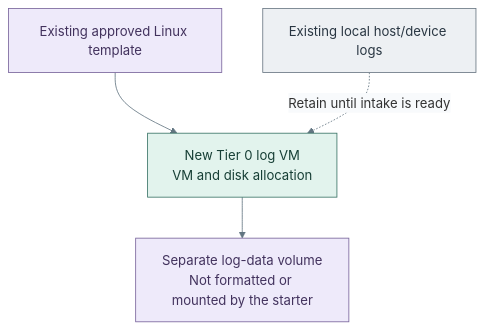
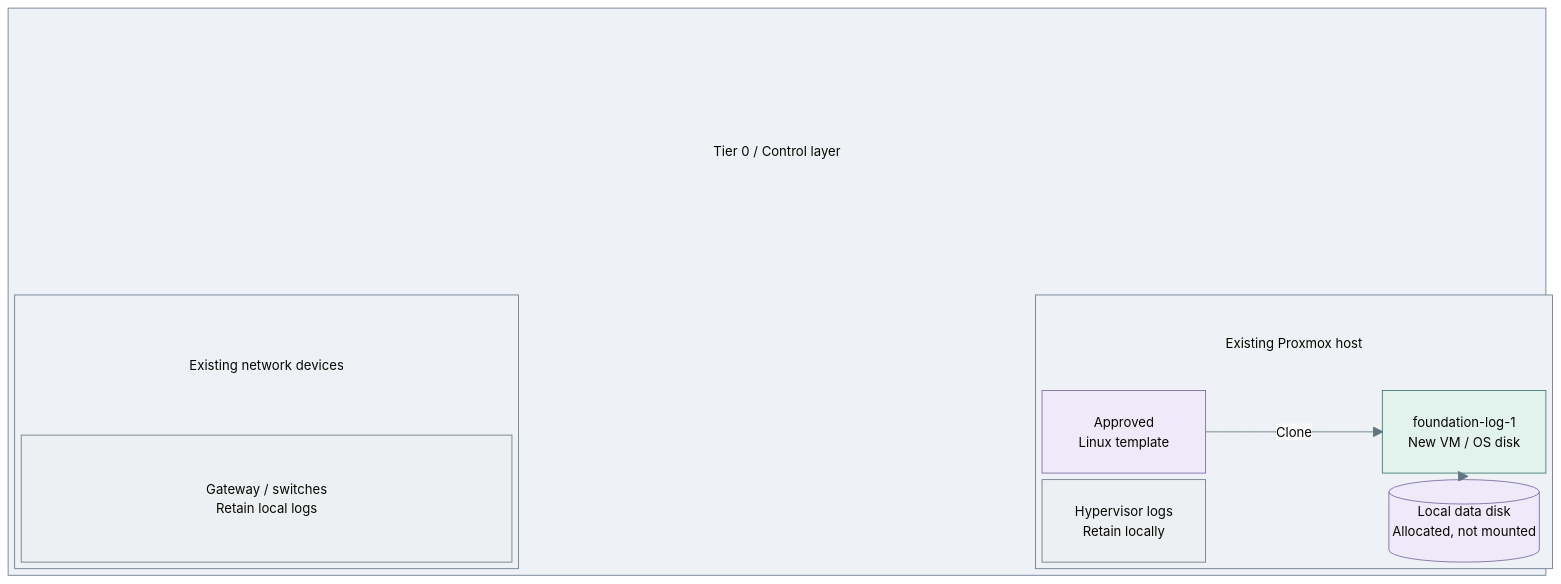
Before and after one commit to Rexus/homelab: the first of 3 diagrams in docs/deployment/stage-1-logging/README.md, drawn with Mermaid. The commit also changed other lines of this file and 4 other files, not shown here.

Commit message:
docs(diagrams): show logging deployment boundaries

````diff
--- a/docs/deployment/stage-1-logging/README.md
+++ b/docs/deployment/stage-1-logging/README.md
@@ -31,14 +31,38 @@
 ```mermaid
 %%{init: {"theme":"base","themeVariables":{"lineColor":"#627581","edgeLabelBackground":"#f8fafc"}}}%%
-flowchart TB
-  Template["Existing approved Linux template"] --> VM["New Tier 0 log VM<br/>VM and disk allocation"]
-  VM --> Data["Separate log-data volume<br/>Not formatted or mounted by the starter"]
-  Local["Existing local host/device logs"] -. Retain until intake is ready .-> VM
+block-beta
+  columns 1
+  block:T0
+    columns 3
+    T0Title["Tier 0 / Control layer"]:3
+    block:Infrastructure
+      columns 1
+      InfraTitle["Existing network devices"]
+      Devices["Gateway / switches<br/>Retain local logs"]
+    end
+    space
+    block:PVE
+      columns 3
+      HostTitle["Existing Proxmox host"]:3
+      Template["Approved<br/>Linux template"]
+      space
+      VM["foundation-log-1<br/>New VM / OS disk"]
+      Host["Hypervisor logs<br/>Retain locally"]
+      space
+      Data[("Local data disk<br/>Allocated, not mounted")]
+    end
+  end
+  Template -- "Clone" --> VM
+  VM --> Data
   classDef default fill:#f8fafc,stroke:#64748b,color:#1f2937
+  classDef boundary fill:#eef2f6,stroke:#64748b,color:#1f2937
+  classDef heading fill:none,stroke:none,color:#1f2937
   classDef data fill:#eeeafa,stroke:#78639b,color:#42325d
   classDef control fill:#e2f3ed,stroke:#397366,color:#173f36
   classDef actor fill:#edf0f3,stroke:#697682,color:#293642
+  class T0,Infrastructure,PVE boundary
+  class T0Title,InfraTitle,HostTitle heading
   class Template,Data data
   class VM control
-  class Local actor
+  class Devices,Host actor
 ```
````
